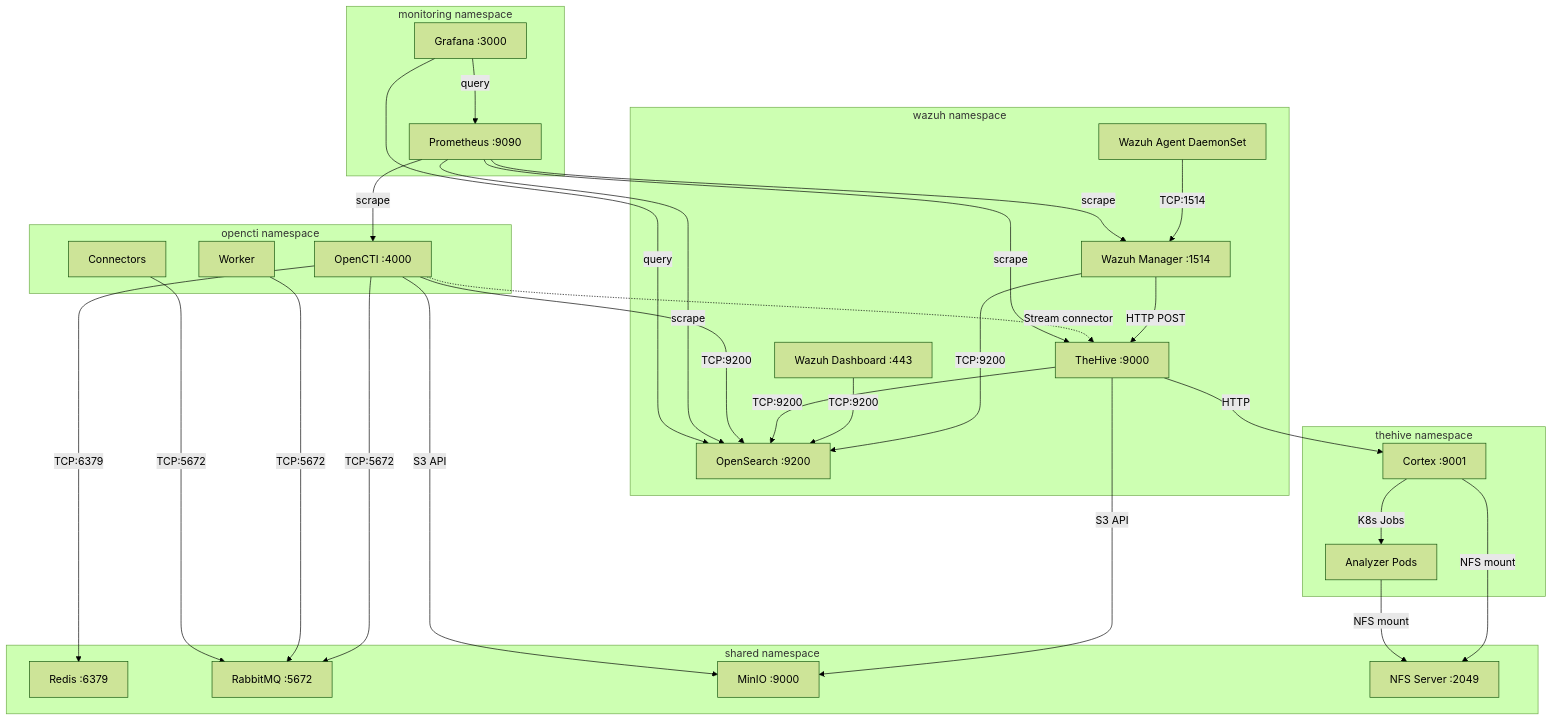
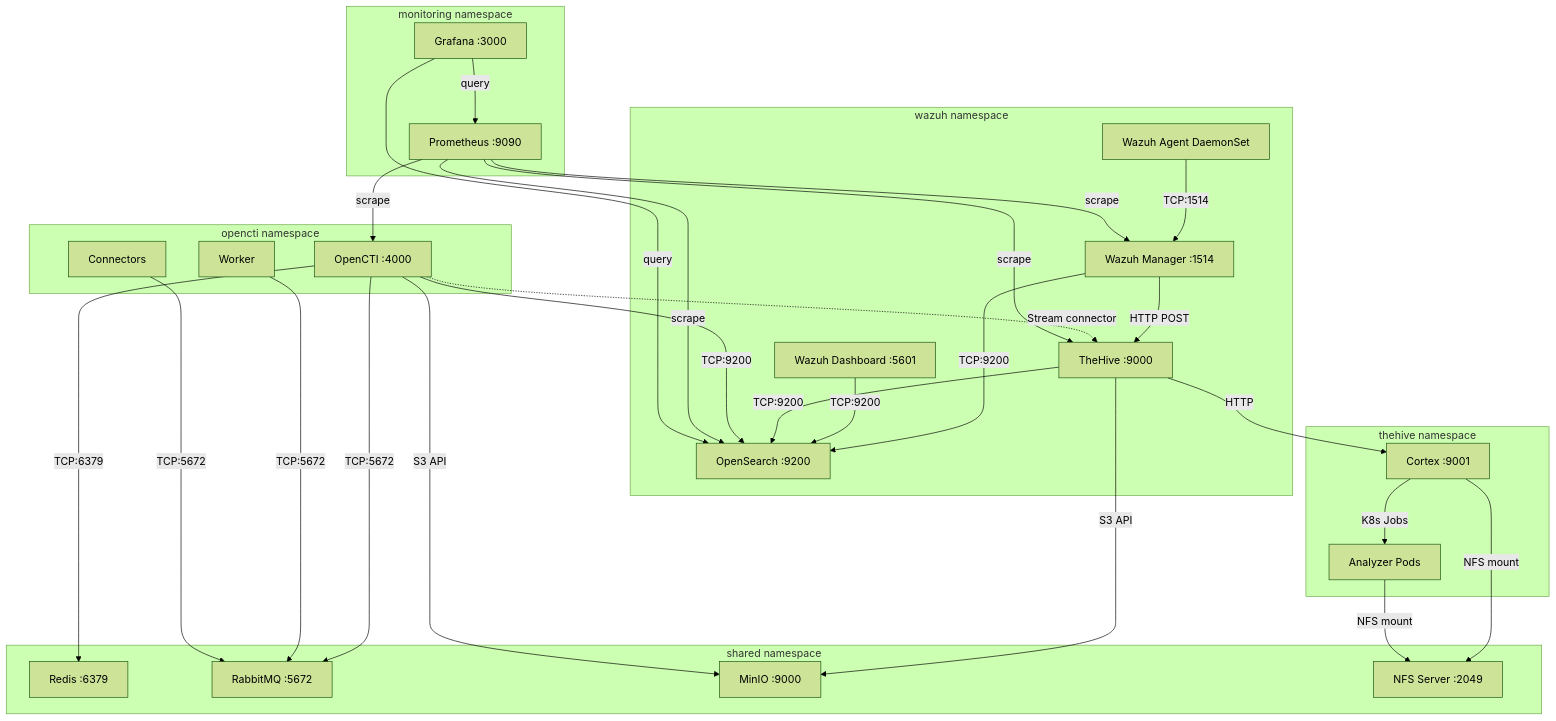
The diagram in docs/network-diagram.md (ajokunu/MatchBox), drawn with Mermaid (forest theme) before and after one commit. The commit also changed other lines of this file and 122 other files, not shown here.

````diff
--- a/docs/network-diagram.md
+++ b/docs/network-diagram.md
@@ -21,45 +21,45 @@
 ```mermaid
 graph TB
     subgraph "wazuh namespace"
         WA[Wazuh Agent DaemonSet] -->|TCP:1514| WM[Wazuh Manager :1514]
         WM -->|TCP:9200| OS
         WM -->|HTTP POST| TH
-        WD[Wazuh Dashboard :443] -->|TCP:9200| OS
+        WD[Wazuh Dashboard :5601] -->|TCP:9200| OS
     end
 
     subgraph "shared namespace"
         OS[OpenSearch :9200]
         RD[Redis :6379]
         RQ[RabbitMQ :5672]
         MN[MinIO :9000]
         NFS[NFS Server :2049]
     end
 
     subgraph "thehive namespace"
         TH[TheHive :9000] -->|TCP:9200| OS
         TH -->|S3 API| MN
         TH -->|HTTP| CX[Cortex :9001]
         CX -->|NFS mount| NFS
         CX -->|K8s Jobs| AZ[Analyzer Pods]
         AZ -->|NFS mount| NFS
     end
 
     subgraph "opencti namespace"
         OC[OpenCTI :4000] -->|TCP:9200| OS
         OC -->|TCP:6379| RD
         OC -->|TCP:5672| RQ
         OC -->|S3 API| MN
         OW[Worker] -->|TCP:5672| RQ
         CN[Connectors] -->|TCP:5672| RQ
         OC -.->|Stream connector| TH
     end
 
     subgraph "monitoring namespace"
         PR[Prometheus :9090] -->|scrape| WM
         PR -->|scrape| TH
         PR -->|scrape| OC
         PR -->|scrape| OS
         GR[Grafana :3000] -->|query| PR
         GR -->|query| OS
     end
 ```
````
